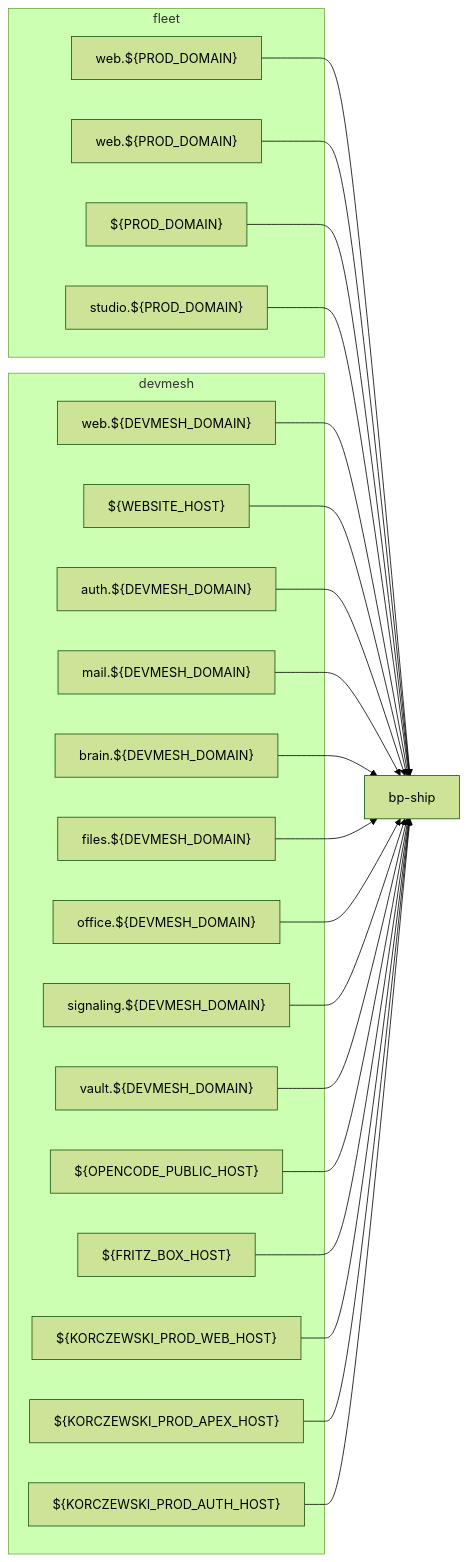
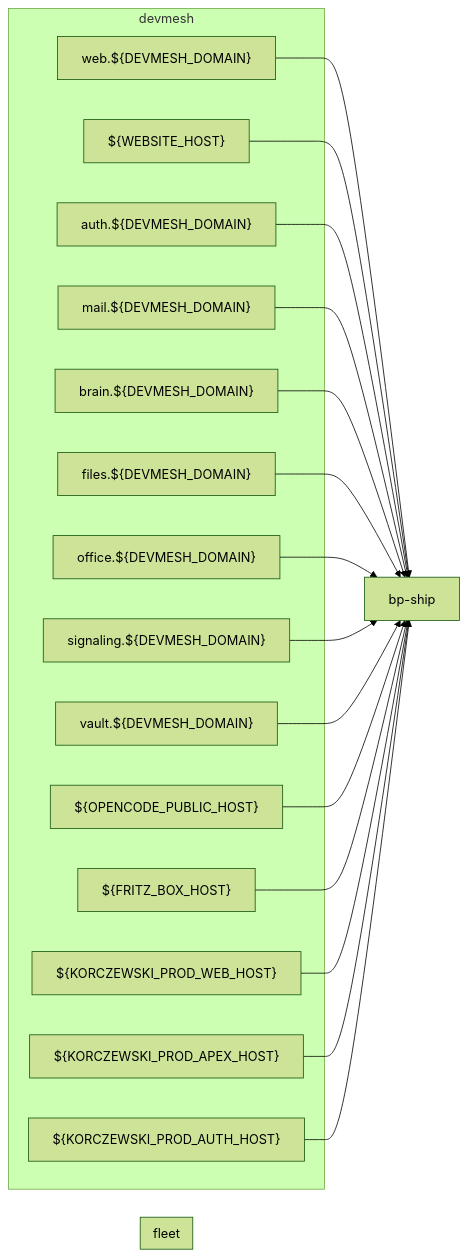
One commit to Paddione/Bachelorprojekt changed the diagram in docs/agent-guide/maps/domains-map.md. Above: the diagram before and after it, drawn with Mermaid (forest theme). The commit also changed other lines of this file and 199 other files, not shown here.

First line of the commit message:
feat(infra): Markentrennung — korczewski-Voll-Unfreeze, mentolder-Abriss (#7055)

````diff
--- a/docs/agent-guide/maps/domains-map.md
+++ b/docs/agent-guide/maps/domains-map.md
@@ -8,44 +8,36 @@
 ```mermaid
 flowchart LR
     subgraph fleet["fleet"]
-        website_mentolder["web.${PROD_DOMAIN}"]
-        website_staging["web.${PROD_DOMAIN}"]
-        apex_korczewski["${PROD_DOMAIN}"]
-        studio_mentolder["studio.${PROD_DOMAIN}"]
     end
     subgraph devmesh["devmesh"]
         devmesh_web["web.${DEVMESH_DOMAIN}"]
         devmesh_website_alias["${WEBSITE_HOST}"]
         devmesh_auth["auth.${DEVMESH_DOMAIN}"]
         devmesh_mail["mail.${DEVMESH_DOMAIN}"]
         devmesh_brain["brain.${DEVMESH_DOMAIN}"]
         devmesh_files["files.${DEVMESH_DOMAIN}"]
         devmesh_office["office.${DEVMESH_DOMAIN}"]
         devmesh_signaling["signaling.${DEVMESH_DOMAIN}"]
         devmesh_vault["vault.${DEVMESH_DOMAIN}"]
         devmesh_opencode["${OPENCODE_PUBLIC_HOST}"]
         devmesh_fritzbox["${FRITZ_BOX_HOST}"]
         korczewski_web_mirror["${KORCZEWSKI_PROD_WEB_HOST}"]
         korczewski_apex_mirror["${KORCZEWSKI_PROD_APEX_HOST}"]
         korczewski_auth_mirror["${KORCZEWSKI_PROD_AUTH_HOST}"]
     end
     owner_bp_ship["bp-ship"]
-    website_mentolder --> owner_bp_ship
-    website_staging --> owner_bp_ship
-    apex_korczewski --> owner_bp_ship
-    studio_mentolder --> owner_bp_ship
     devmesh_web --> owner_bp_ship
     devmesh_website_alias --> owner_bp_ship
     devmesh_auth --> owner_bp_ship
     devmesh_mail --> owner_bp_ship
     devmesh_brain --> owner_bp_ship
     devmesh_files --> owner_bp_ship
     devmesh_office --> owner_bp_ship
     devmesh_signaling --> owner_bp_ship
     devmesh_vault --> owner_bp_ship
     devmesh_opencode --> owner_bp_ship
     devmesh_fritzbox --> owner_bp_ship
     korczewski_web_mirror --> owner_bp_ship
     korczewski_apex_mirror --> owner_bp_ship
     korczewski_auth_mirror --> owner_bp_ship
 ```
````
